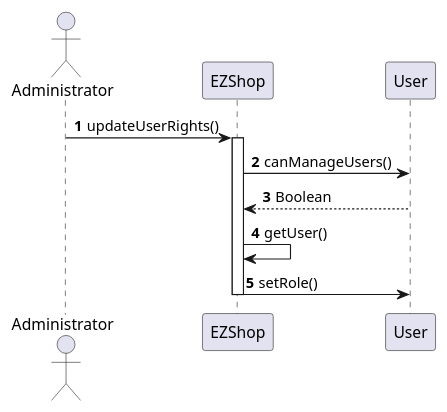
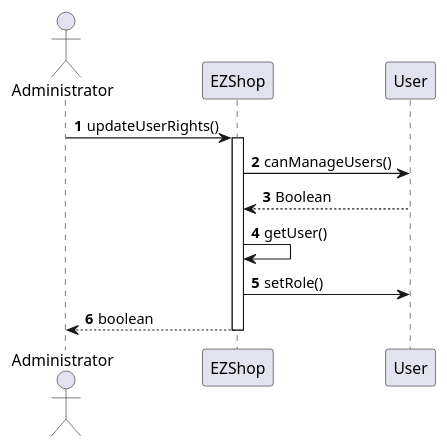
Before and after one commit to gioele-scaletta/EZShop-Software-Engineering-Project: the eighth of 20 diagrams in Deliverables/DesignDocument.md, drawn with PlantUML. The commit also changed other lines of this file, not shown here.

Commit message:
Slight modification of UC1,2,3 and UML Diagram

````diff
--- a/Deliverables/DesignDocument.md
+++ b/Deliverables/DesignDocument.md
@@ -340,12 +349,13 @@
 ```plantuml
 actor "Administrator" as user
 autonumber
 
 user->EZShop : updateUserRights()
 activate EZShop
 EZShop->User : canManageUsers()
 User --> EZShop : Boolean
 EZShop->EZShop : getUser()
 EZShop->User : setRole()
+EZShop --> user: boolean
 deactivate EZShop
 ```
````
